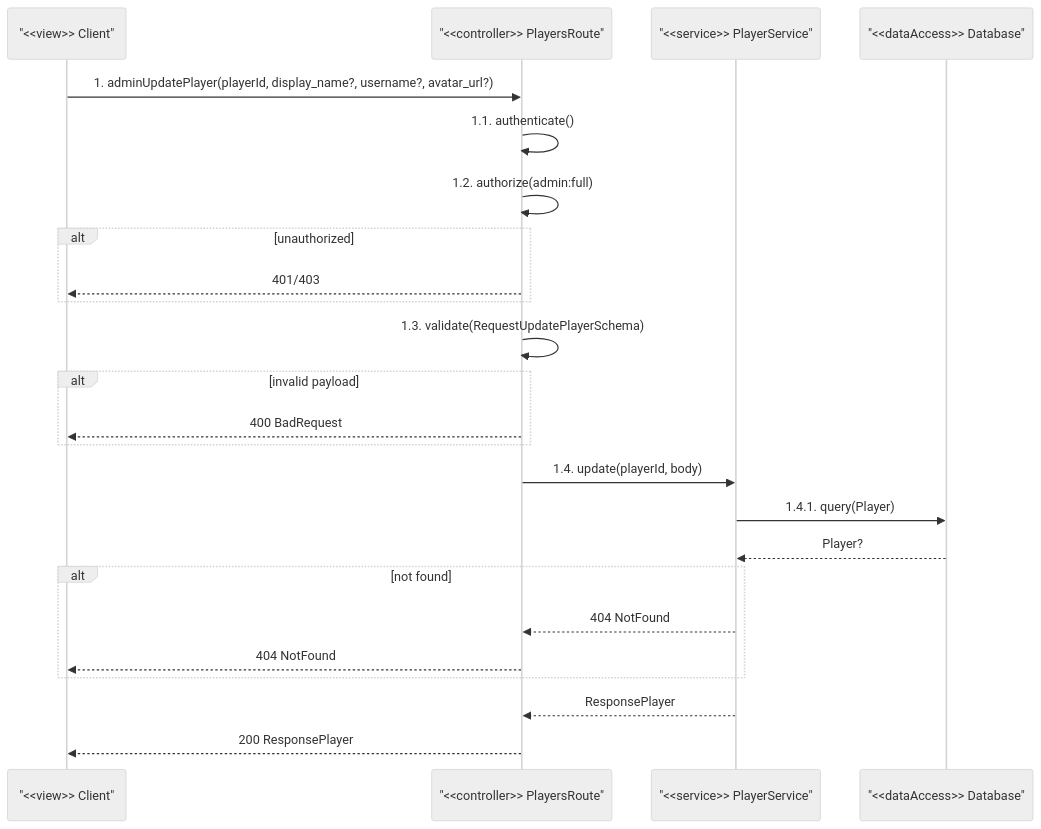
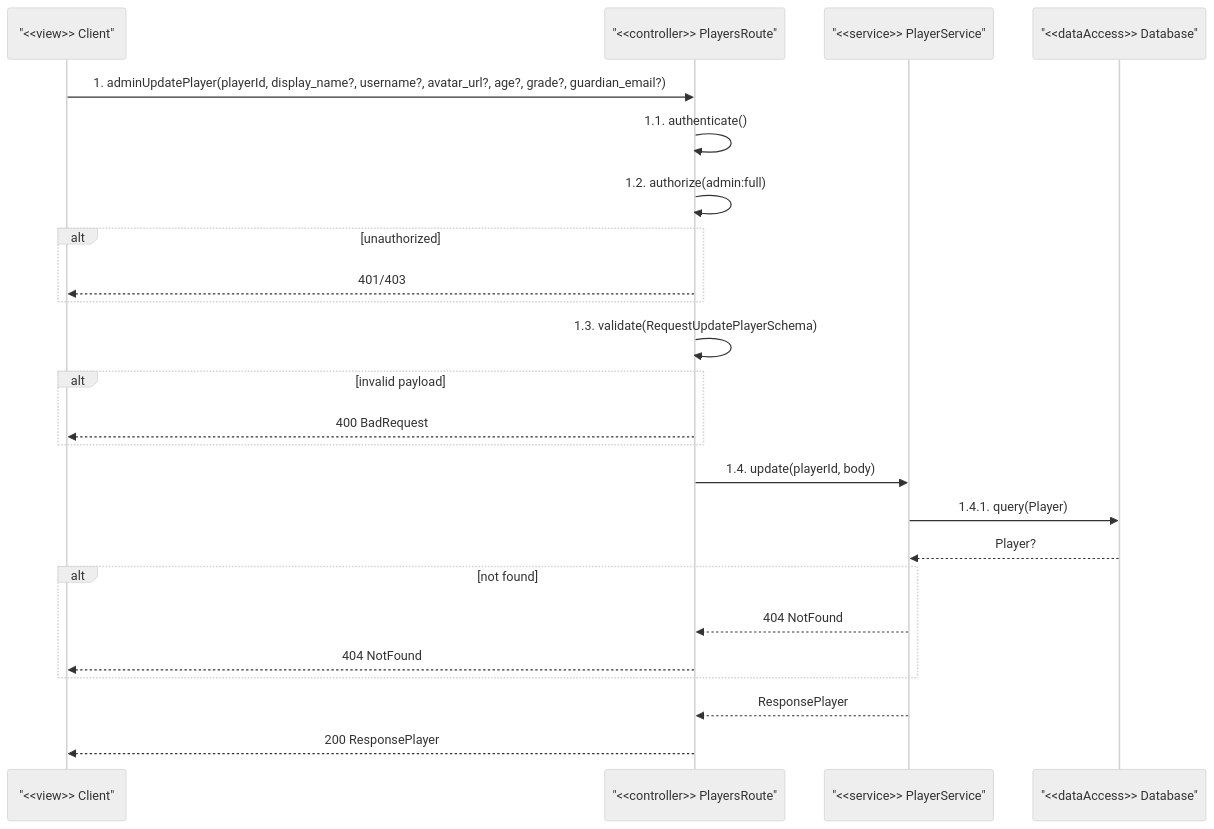
One commit to christphralden/magic-nugger-app changed the third of 3 diagrams in docs/diagrams/players/sequence.md. Above: the diagram before and after it, drawn with Mermaid. The commit also changed other lines of this file and 6 other files, not shown here.

````diff
--- a/docs/diagrams/players/sequence.md
+++ b/docs/diagrams/players/sequence.md
@@ -69,28 +69,28 @@
 ```mermaid
 %%{init: {'theme': 'neutral'}}%%
 sequenceDiagram
     participant C as "<<view>> Client"
     participant R as "<<controller>> PlayersRoute"
     participant PS as "<<service>> PlayerService"
     participant DB as "<<dataAccess>> Database"
 
-    C->>R: 1. adminUpdatePlayer(playerId, display_name?, username?, avatar_url?)
+    C->>R: 1. adminUpdatePlayer(playerId, display_name?, username?, avatar_url?, age?, grade?, guardian_email?)
     R->>R: 1.1. authenticate()
     R->>R: 1.2. authorize(admin:full)
     alt unauthorized
         R-->>C: 401/403
     end
     R->>R: 1.3. validate(RequestUpdatePlayerSchema)
     alt invalid payload
         R-->>C: 400 BadRequest
     end
     R->>PS: 1.4. update(playerId, body)
     PS->>DB: 1.4.1. query(Player)
     DB-->>PS: Player?
     alt not found
         PS-->>R: 404 NotFound
         R-->>C: 404 NotFound
     end
     PS-->>R: ResponsePlayer
     R-->>C: 200 ResponsePlayer
 ```
````
